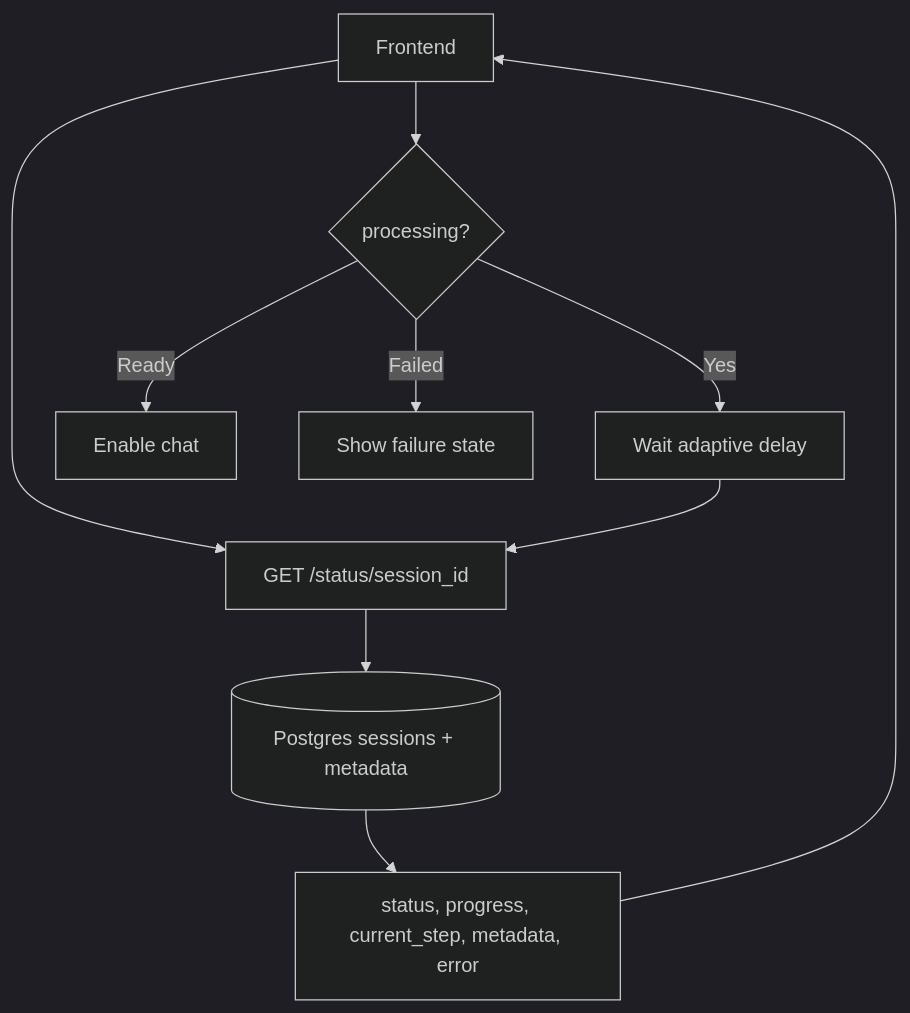
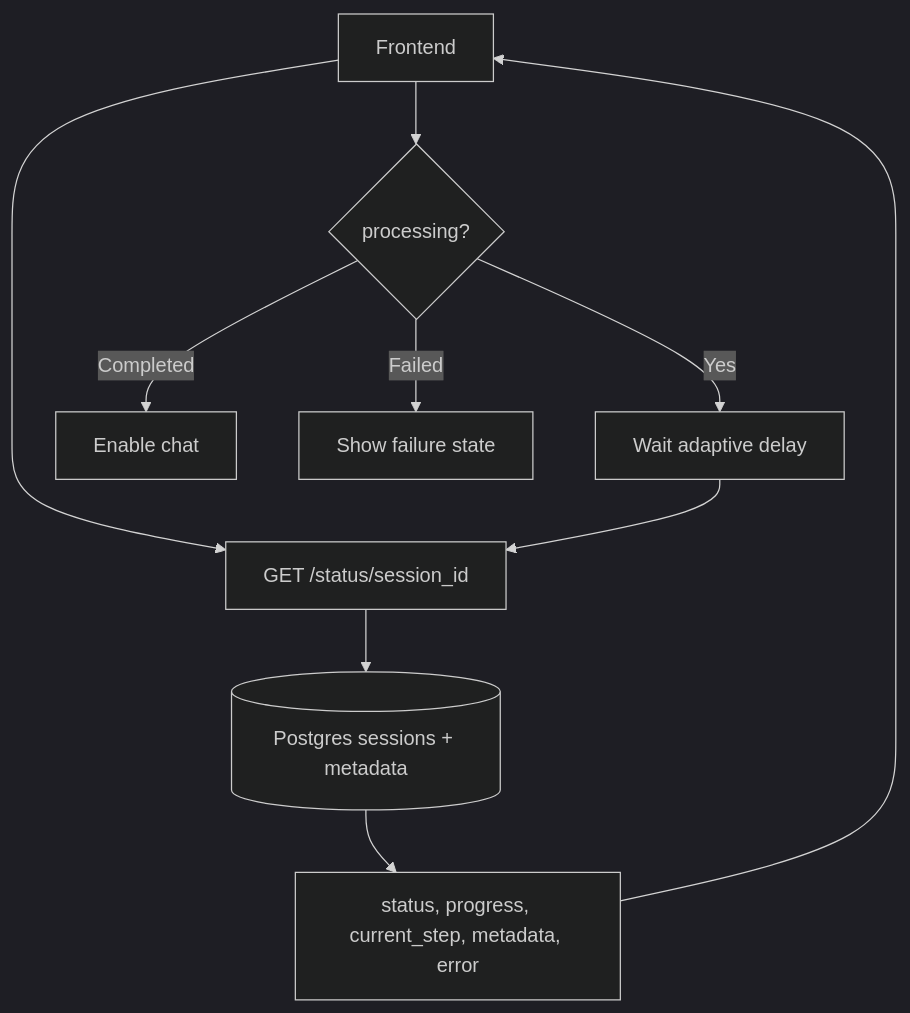
Before and after one commit to nirmaljb/CreatorGPT: the third of 5 diagrams in docs/phase/phase-1.md, drawn with Mermaid (dark theme). The commit also changed other lines of this file and 21 other files, not shown here.

````diff
--- a/docs/phase/phase-1.md
+++ b/docs/phase/phase-1.md
@@ -102,12 +105,12 @@
 ```mermaid
 flowchart TD
     UI[Frontend] --> Status[GET /status/session_id]
     Status --> Postgres[(Postgres sessions + metadata)]
     Postgres --> Response[status, progress, current_step, metadata, error]
     Response --> UI
     UI --> Decision{processing?}
     Decision -- Yes --> Adaptive[Wait adaptive delay]
     Adaptive --> Status
-    Decision -- Ready --> EnableChat[Enable chat]
+    Decision -- Completed --> EnableChat[Enable chat]
     Decision -- Failed --> ShowError[Show failure state]
 ```
````
